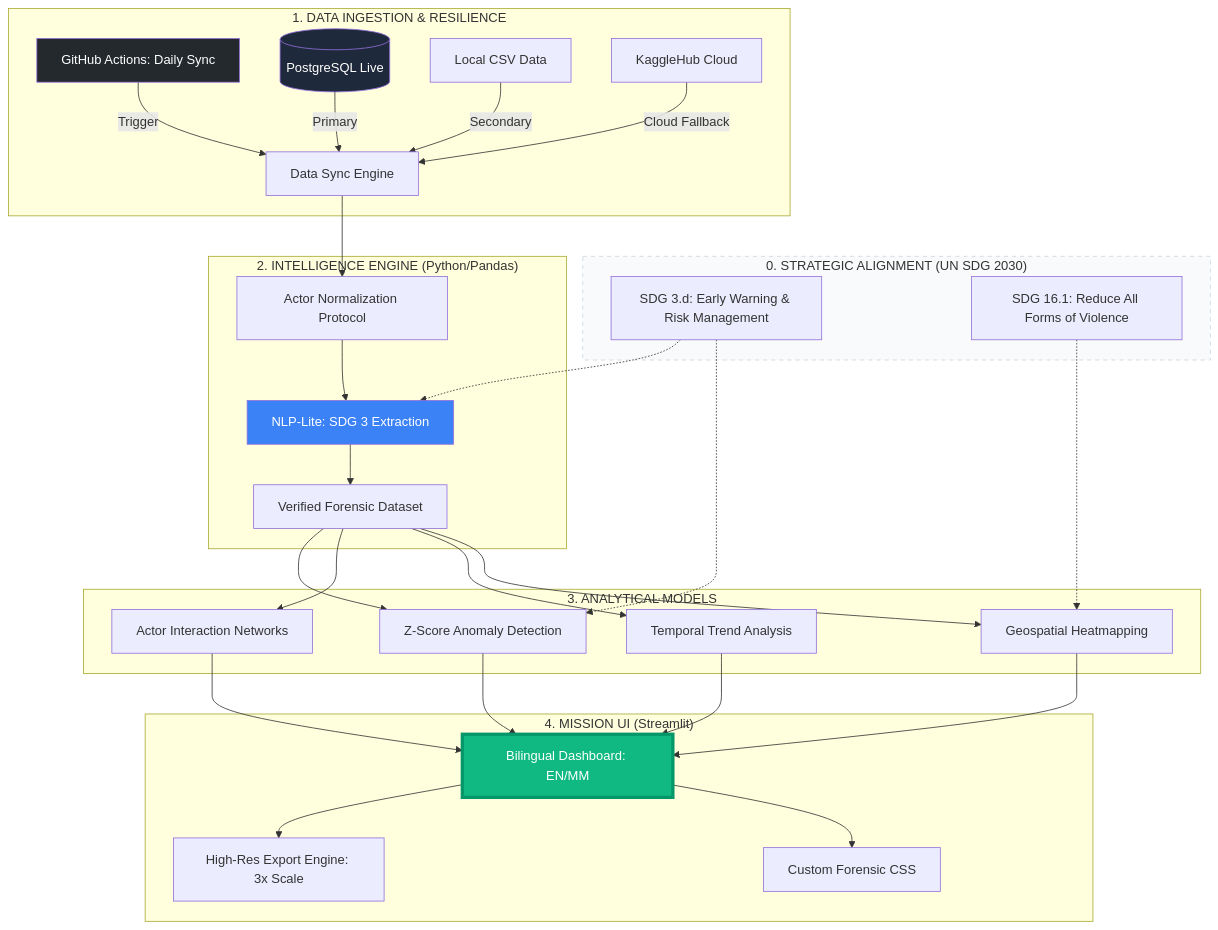
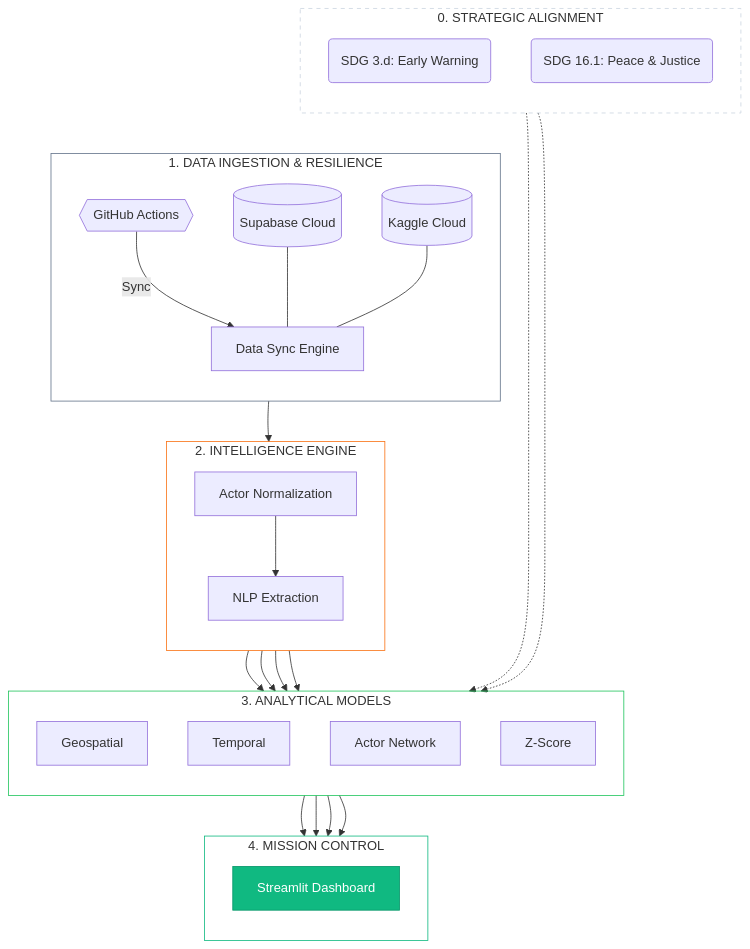
One commit to TainYanTun/Myanmar-conflict-observatory changed the diagram in README.md. Above: the diagram before and after it, drawn with Mermaid. The commit also changed other lines of this file and 1 other file, not shown here.

Commit message:
feat(dashboard): Enable high-resolution PNG downloads for charts
- Implemented high-resolution PNG download options (3x scale) for all Plotly visualizations, enhancing utility for reports and presentations.
- Updated the system architecture diagram in `README.md` to improve clarity, modularity, and alignment with current system components.
- Refined strategic alignment mappings and data source descriptions within the architecture documentation.
- Added corresponding localization strings for the new download feature.

````diff
--- a/README.md
+++ b/README.md
@@ -17,43 +17,57 @@
 ```mermaid
-graph TD
-    subgraph SDG_2030_Goal ["0. STRATEGIC ALIGNMENT (UN SDG 2030)"]
-        SDG3["SDG 3.d: Early Warning & Risk Management"]
-        SDG16["SDG 16.1: Reduce All Forms of Violence"]
+flowchart TD
+    %% 0. STRATEGIC ALIGNMENT
+    subgraph SDG ["0. STRATEGIC ALIGNMENT"]
+        direction TB
+        SDG3(SDG 3.d: Early Warning)
+        SDG16(SDG 16.1: Peace & Justice)
     end
 
-    subgraph Data_Ingestion_Layer ["1. DATA INGESTION & RESILIENCE"]
-        GHA[GitHub Actions: Daily Sync] -->|Trigger| Sync[Data Sync Engine]
-        DB[(PostgreSQL Live)] -->|Primary| Sync
-        Local[Local CSV Data] -->|Secondary| Sync
-        Kaggle[KaggleHub Cloud] -->|Cloud Fallback| Sync
+    %% 1. DATA INGESTION & RESILIENCE
+    subgraph Ingestion ["1. DATA INGESTION & RESILIENCE"]
+        direction TB
+        GHA{{GitHub Actions}} -->|Sync| Sync[Data Sync Engine]
+        DB[(Supabase Cloud)] --- Sync
+        Kaggle[(Kaggle Cloud)] --- Sync
     end
 
-    subgraph Processing_Engine ["2. INTELLIGENCE ENGINE (Python/Pandas)"]
-        Sync --> Logic[Actor Normalization Protocol]
-        Logic --> NLP[NLP-Lite: SDG 3 Extraction]
-        NLP --> Clean[Verified Forensic Dataset]
+    %% 2. INTELLIGENCE ENGINE
+    subgraph Intelligence ["2. INTELLIGENCE ENGINE"]
+        direction TB
+        Sync --> Actor[Actor Normalization]
+        Actor --> NLP[NLP Extraction]
     end
 
-    subgraph Analytical_Models ["3. ANALYTICAL MODELS"]
-        Clean --> Geo[Geospatial Heatmapping]
-        Clean --> Temp[Temporal Trend Analysis]
-        Clean --> Net[Actor Interaction Networks]
-        Clean --> Stat[Z-Score Anomaly Detection]
+    %% 3. ANALYTICAL MODELS
+    subgraph Analytics ["3. ANALYTICAL MODELS"]
+        direction TB
+        NLP --> Geo[Geospatial]
+        NLP --> Temp[Temporal]
+        NLP --> Net[Actor Network]
+        NLP --> Stat[Z-Score]
     end
 
-    subgraph Presentation_Layer ["4. MISSION UI (Streamlit)"]
-        Geo & Temp & Net & Stat --> Dashboard[Bilingual Dashboard: EN/MM]
-        Dashboard --> CSS[Custom Forensic CSS]
-        Dashboard --> Export[High-Res Export Engine: 3x Scale]
+    %% 4. MISSION CONTROL
+    subgraph UI ["4. MISSION CONTROL"]
+        direction TB
+        Geo & Temp & Net & Stat --> Dashboard[Streamlit Dashboard]
     end
 
+    %% SPACERS
+    SDG ~~~ Ingestion
+    Ingestion ~~~ Intelligence
+    Intelligence ~~~ Analytics
+    Analytics ~~~ UI
+
+    %% STRATEGIC MAPPINGS
     SDG3 -.-> Stat
-    SDG3 -.-> NLP
     SDG16 -.-> Geo
-    
-    style Dashboard fill:#10b981,stroke:#059669,stroke-width:4px,color:#fff
-    style DB fill:#1e293b,color:#fff
-    style NLP fill:#3b82f6,color:#fff
-    style GHA fill:#24292e,color:#fff
-    style SDG_2030_Goal fill:#f8fafc,stroke:#cbd5e1,stroke-dasharray: 5 5
+
+    %% CLEAN STYLING
+    style Dashboard fill:#10b981,color:#fff,stroke:#059669
+    style SDG fill:none,stroke:#cbd5e1,stroke-dasharray: 5 5
+    style Ingestion fill:none,stroke:#64748b
+    style Intelligence fill:none,stroke:#f97316
+    style Analytics fill:none,stroke:#22c55e
+    style UI fill:none,stroke:#10b981
 ```
````
